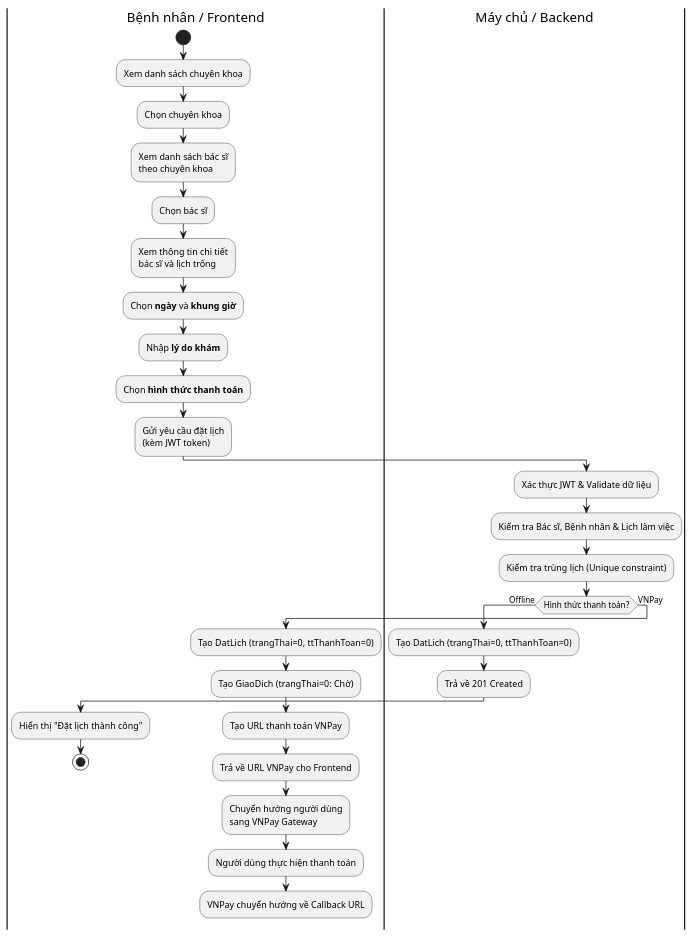
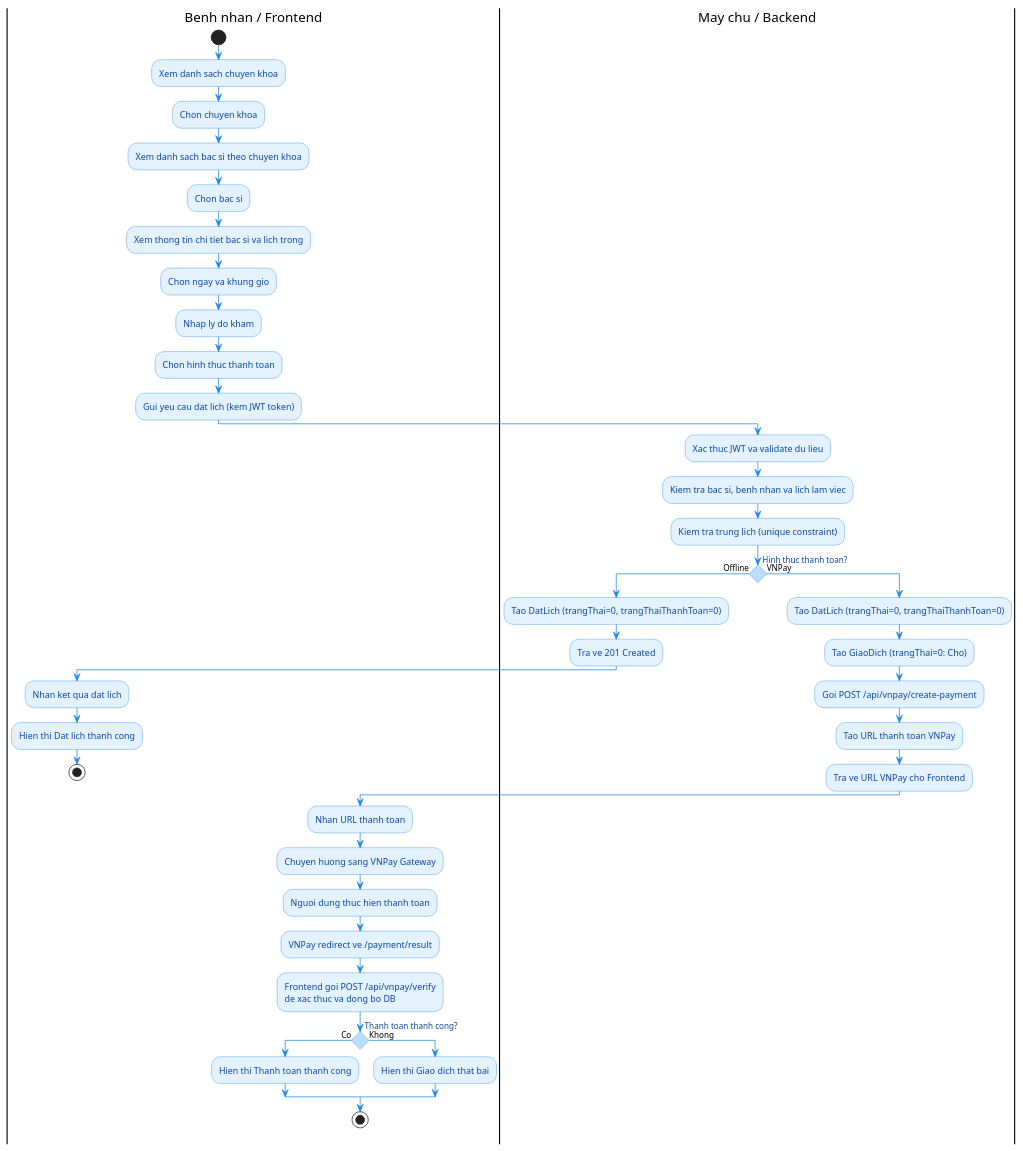
The diagram in server/doc/diagrams/ACT_02_DatLich.puml (yqhuouc/HealthCare), drawn with PlantUML before and after one commit. The commit also changed 39 other files, not shown here.

Commit message:
docs: add comprehensive UML class, use case, and activity diagrams for clinic system domain

```diff
--- a/server/doc/diagrams/ACT_02_DatLich.puml
+++ b/server/doc/diagrams/ACT_02_DatLich.puml
@@ -1,36 +1,64 @@
 @startuml Activity_DatLich
-|Bệnh nhân / Frontend|
+
+skinparam shadowing false
+skinparam backgroundColor white
+skinparam conditionStyle diamond
+skinparam ConditionEndStyle hline
+
+skinparam activity {
+  BackgroundColor #E3F2FD
+  BorderColor #1E88E5
+  FontColor #0D47A1
+  RoundCorner 15
+}
+
+skinparam activityDiamondBackgroundColor #BBDEFB
+skinparam activityDiamondBorderColor #1E88E5
+skinparam activityDiamondFontColor #0D47A1
+skinparam ArrowColor #1E88E5
+
+|Benh nhan / Frontend|
 start
-:Xem danh sách chuyên khoa;
-:Chọn chuyên khoa;
-:Xem danh sách bác sĩ\ntheo chuyên khoa;
-:Chọn bác sĩ;
-:Xem thông tin chi tiết\nbác sĩ và lịch trống;
-:Chọn **ngày** và **khung giờ**;
-:Nhập **lý do khám**;
-:Chọn **hình thức thanh toán**;
-:Gửi yêu cầu đặt lịch\n(kèm JWT token);
+:Xem danh sach chuyen khoa;
+:Chon chuyen khoa;
+:Xem danh sach bac si theo chuyen khoa;
+:Chon bac si;
+:Xem thong tin chi tiet bac si va lich trong;
+:Chon ngay va khung gio;
+:Nhap ly do kham;
+:Chon hinh thuc thanh toan;
+:Gui yeu cau dat lich (kem JWT token);
 
-|Máy chủ / Backend|
-:Xác thực JWT & Validate dữ liệu;
-:Kiểm tra Bác sĩ, Bệnh nhân & Lịch làm việc;
-:Kiểm tra trùng lịch (Unique constraint);
+|May chu / Backend|
+:Xac thuc JWT va validate du lieu;
+:Kiem tra bac si, benh nhan va lich lam viec;
+:Kiem tra trung lich (unique constraint);
 
-if (Hình thức thanh toán?) then (Offline)
-  :Tạo DatLich (trangThai=0, ttThanhToan=0);
-  :Trả về 201 Created;
-  |Bệnh nhân / Frontend|
-  :Hiển thị "Đặt lịch thành công";
+if (Hinh thuc thanh toan?) then (Offline)
+  :Tao DatLich (trangThai=0, trangThaiThanhToan=0);
+  :Tra ve 201 Created;
+  |Benh nhan / Frontend|
+  :Nhan ket qua dat lich;
+  :Hien thi Dat lich thanh cong;
   stop
 else (VNPay)
-  :Tạo DatLich (trangThai=0, ttThanhToan=0);
-  :Tạo GiaoDich (trangThai=0: Chờ);
-  :Tạo URL thanh toán VNPay;
-  :Trả về URL VNPay cho Frontend;
-  |Bệnh nhân / Frontend|
-  :Chuyển hướng người dùng\nsang VNPay Gateway;
-  :Người dùng thực hiện thanh toán;
-  :VNPay chuyển hướng về Callback URL;
-  detach
+  |May chu / Backend|
+  :Tao DatLich (trangThai=0, trangThaiThanhToan=0);
+  :Tao GiaoDich (trangThai=0: Cho);
+  :Goi POST /api/vnpay/create-payment;
+  :Tao URL thanh toan VNPay;
+  :Tra ve URL VNPay cho Frontend;
+  |Benh nhan / Frontend|
+  :Nhan URL thanh toan;
+  :Chuyen huong sang VNPay Gateway;
+  :Nguoi dung thuc hien thanh toan;
+  :VNPay redirect ve /payment/result;
+  :Frontend goi POST /api/vnpay/verify\nde xac thuc va dong bo DB;
+  if (Thanh toan thanh cong?) then (Co)
+    :Hien thi Thanh toan thanh cong;
+  else (Khong)
+    :Hien thi Giao dich that bai;
+  endif
+  stop
 endif
 @enduml
```
